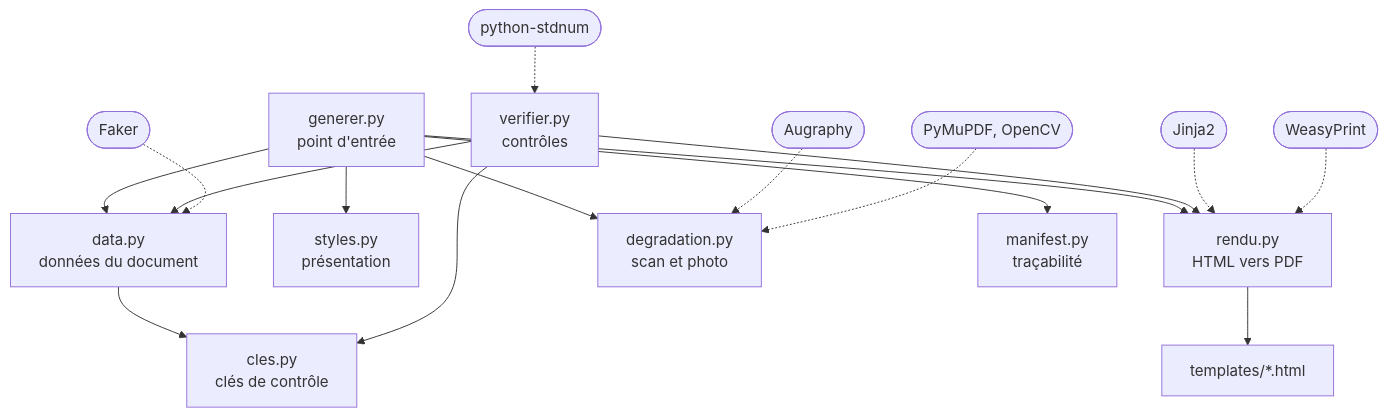
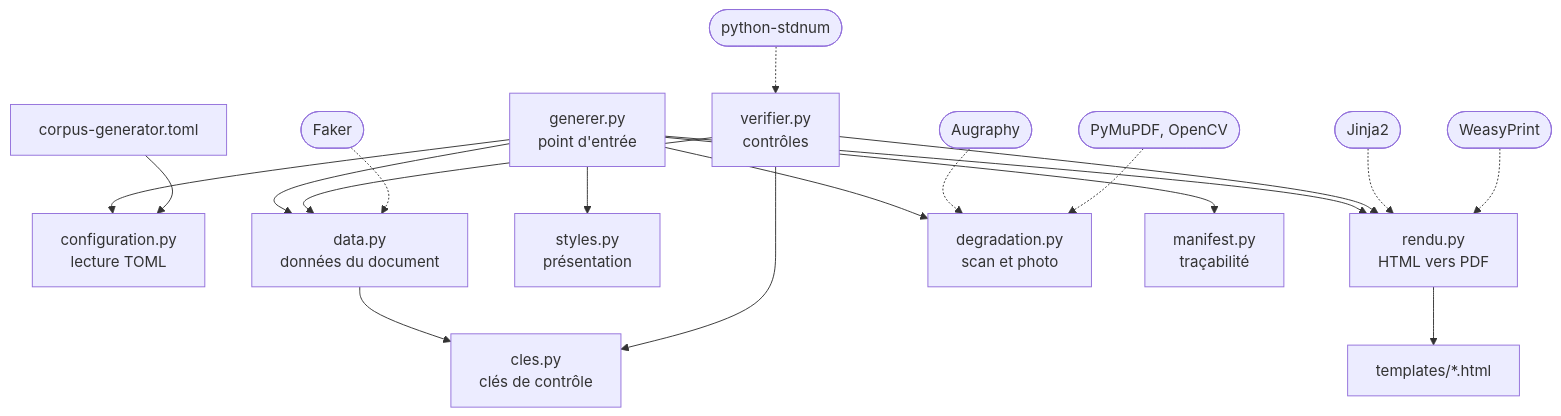
One commit to xelema/Detect-Doc changed the first of 3 diagrams in tools/CorpusGenerator/README.md. Above: the diagram before and after it, drawn with Mermaid. The commit also changed other lines of this file and 6 other files, not shown here.

Commit message:
feat(corpus-gen): add global configuration for corpus generation

````diff
--- a/tools/CorpusGenerator/README.md
+++ b/tools/CorpusGenerator/README.md
@@ -37,30 +48,34 @@
 ```mermaid
 graph TD
     generer[generer.py<br/>point d'entrée]
+    configuration[configuration.py<br/>lecture TOML]
+    toml[corpus-generator.toml]
     data[data.py<br/>données du document]
     styles[styles.py<br/>présentation]
     rendu[rendu.py<br/>HTML vers PDF]
     degradation[degradation.py<br/>scan et photo]
     manifest[manifest.py<br/>traçabilité]
     cles[cles.py<br/>clés de contrôle]
     verifier[verifier.py<br/>contrôles]
     tpl[templates/*.html]
 
+    generer --> configuration
     generer --> data
     generer --> styles
     generer --> rendu
     generer --> degradation
     generer --> manifest
     data --> cles
     rendu --> tpl
     verifier --> data
     verifier --> cles
     verifier --> rendu
+    toml --> configuration
 
     faker([Faker]) -.-> data
     jinja([Jinja2]) -.-> rendu
     weasy([WeasyPrint]) -.-> rendu
     augraphy([Augraphy]) -.-> degradation
     pymupdf([PyMuPDF, OpenCV]) -.-> degradation
     stdnum([python-stdnum]) -.-> verifier
 ```
````
